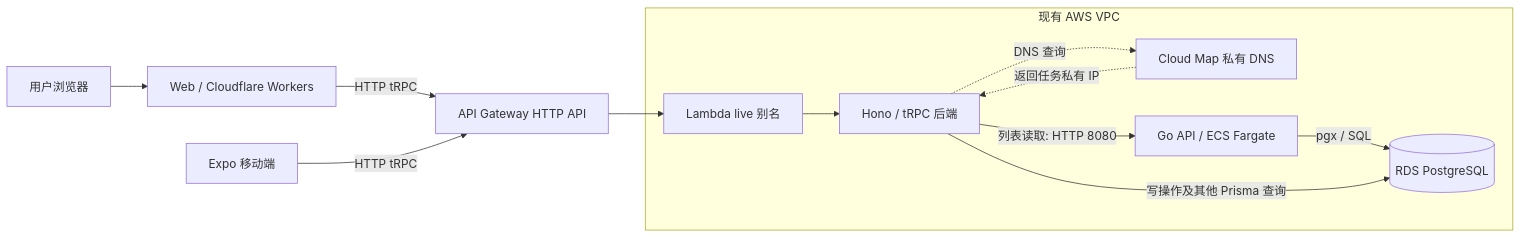
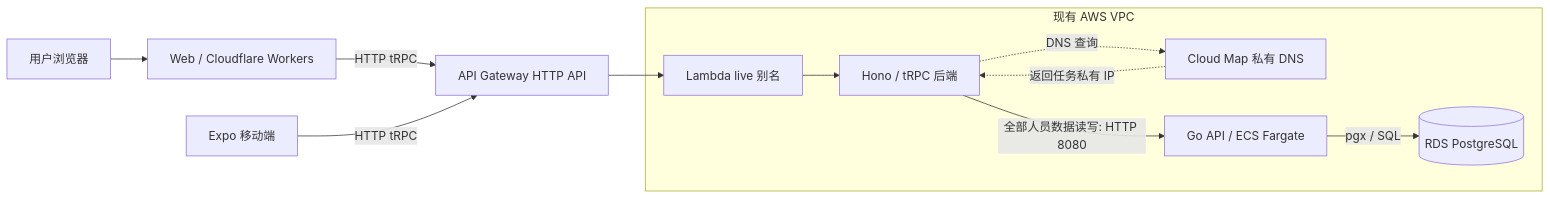
One commit to lixuecn/github_name changed the second of 2 diagrams in apps/infra/DEVELOPMENT.md. Above: the diagram before and after it, drawn with Mermaid. The commit also changed other lines of this file and 19 other files, not shown here.

````diff
--- a/apps/infra/DEVELOPMENT.md
+++ b/apps/infra/DEVELOPMENT.md
@@ -52,16 +52,15 @@
 ```mermaid
 flowchart LR
     User[用户浏览器] --> Web[Web / Cloudflare Workers]
     Web -->|HTTP tRPC| Gateway[API Gateway HTTP API]
     Native[Expo 移动端] -->|HTTP tRPC| Gateway
     Gateway --> Alias[Lambda live 别名]
 
     subgraph VPC[现有 AWS VPC]
         Alias --> Hono[Hono / tRPC 后端]
         Hono -.->|DNS 查询| Map[Cloud Map 私有 DNS]
         Map -.->|返回任务私有 IP| Hono
-        Hono -->|列表读取: HTTP 8080| Go[Go API / ECS Fargate]
+        Hono -->|全部人员数据读写: HTTP 8080| Go[Go API / ECS Fargate]
         Go -->|pgx / SQL| DB[(RDS PostgreSQL)]
-        Hono -->|写操作及其他 Prisma 查询| DB
     end
 ```
````
